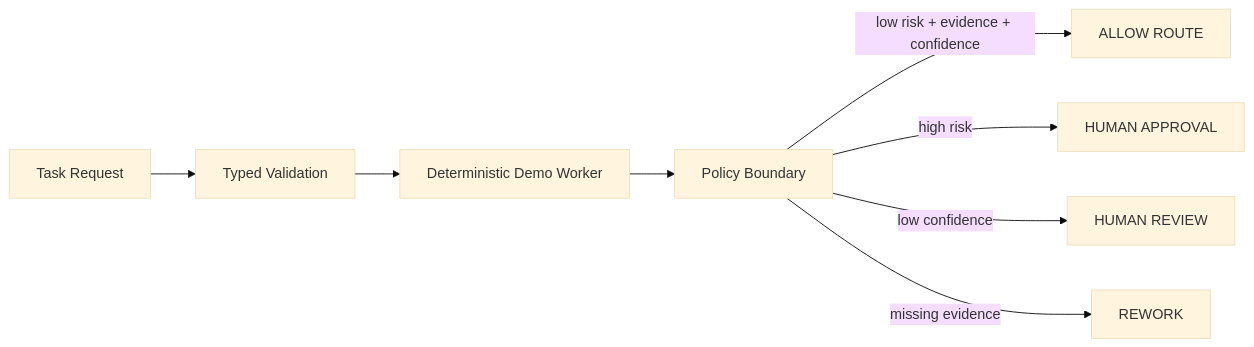
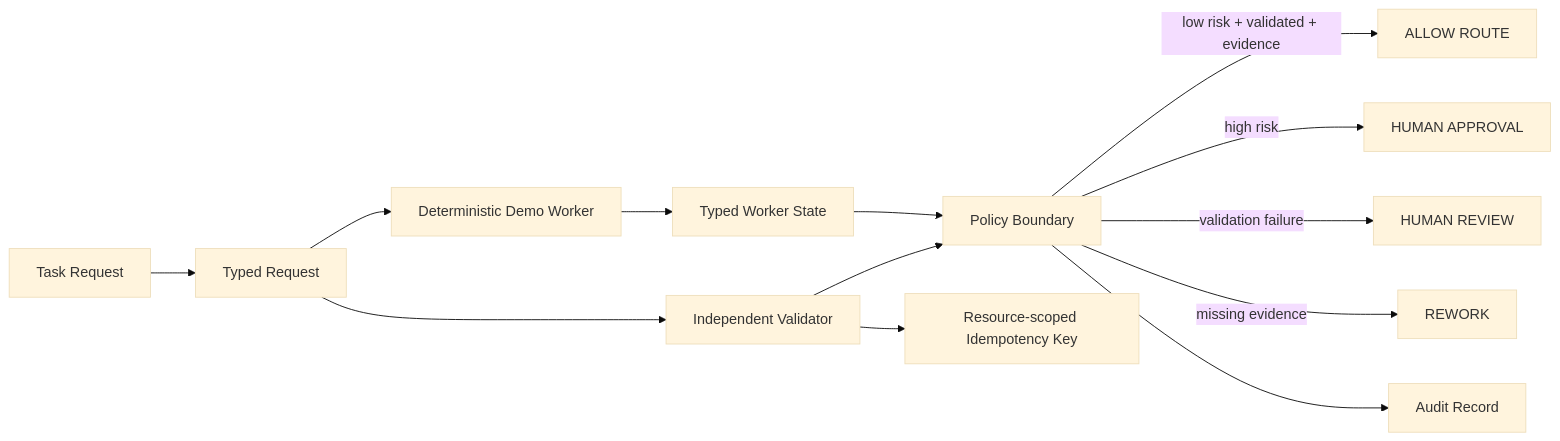
The diagram in README.md (Mrdoom07/enterprise-agent-production-starter-lite), drawn with Mermaid (base theme) before and after one commit. The commit also changed other lines of this file, not shown here.

````diff
--- a/README.md
+++ b/README.md
@@ -17,10 +25,15 @@
 ```mermaid
 flowchart LR
-    A[Task Request] --> B[Typed Validation]
+    A[Task Request] --> B[Typed Request]
     B --> C[Deterministic Demo Worker]
-    C --> D[Policy Boundary]
-    D -->|low risk + evidence + confidence| E[ALLOW ROUTE]
-    D -->|high risk| F[HUMAN APPROVAL]
-    D -->|low confidence| G[HUMAN REVIEW]
-    D -->|missing evidence| H[REWORK]
+    B --> V[Independent Validator]
+    C --> D[Typed Worker State]
+    V --> P[Policy Boundary]
+    D --> P
+    P -->|low risk + validated + evidence| E[ALLOW ROUTE]
+    P -->|high risk| F[HUMAN APPROVAL]
+    P -->|validation failure| G[HUMAN REVIEW]
+    P -->|missing evidence| H[REWORK]
+    P --> I[Audit Record]
+    V --> K[Resource-scoped Idempotency Key]
 ```
````
